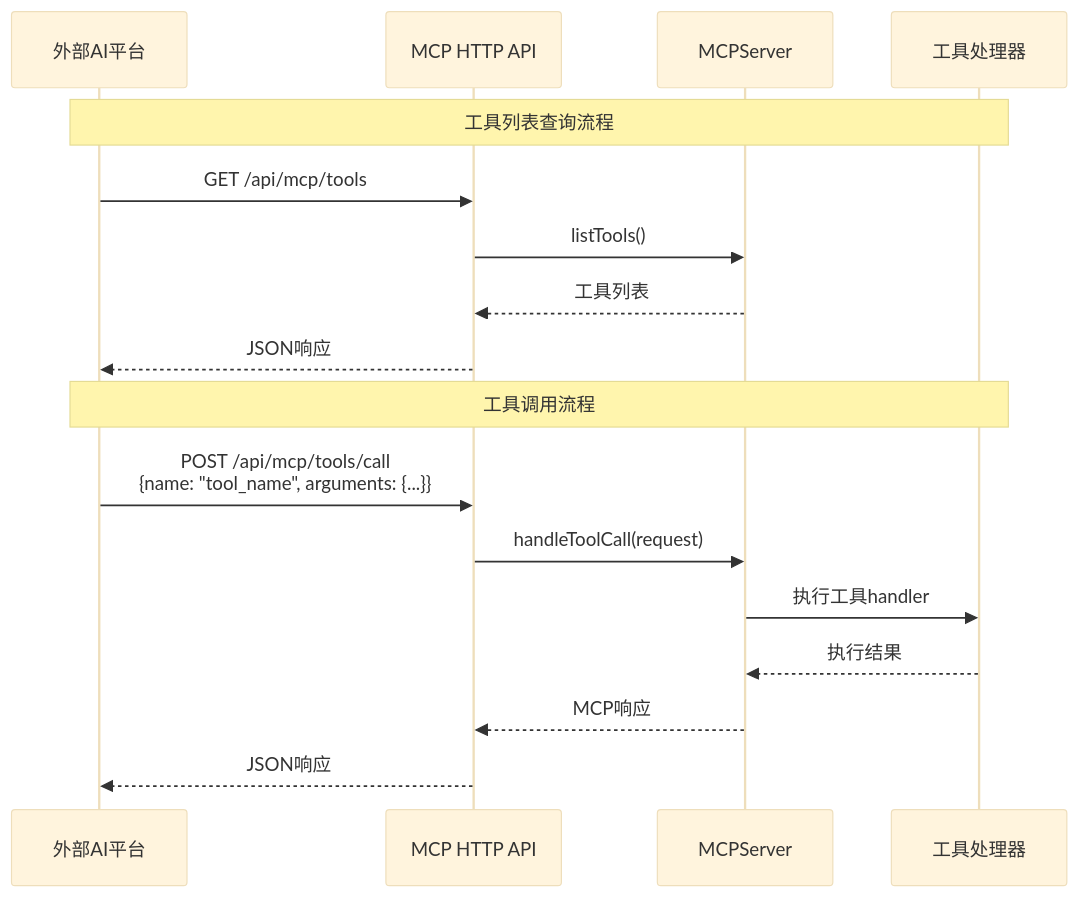
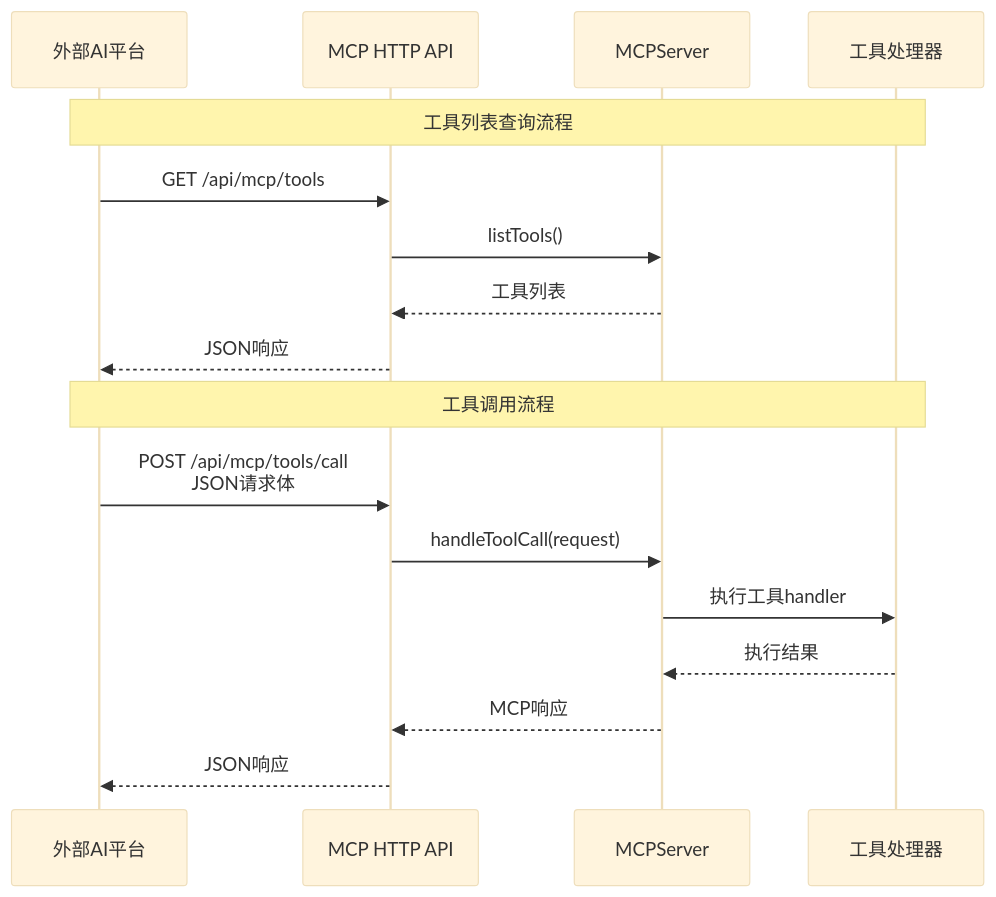
One commit to sunflowermm/XRK-AGT changed the second of 7 diagrams in docs/mcp-guide.md. Above: the diagram before and after it, drawn with Mermaid (base theme). The commit also changed 3 other files, not shown here.

````diff
--- a/docs/mcp-guide.md
+++ b/docs/mcp-guide.md
@@ -105,21 +105,21 @@
 ```mermaid
 sequenceDiagram
     participant Client as 外部AI平台
     participant API as MCP HTTP API
     participant Server as MCPServer
     participant Tool as 工具处理器
 
     Note over Client,Tool: 工具列表查询流程
     Client->>API: GET /api/mcp/tools
     API->>Server: listTools()
     Server-->>API: 工具列表
     API-->>Client: JSON响应
 
     Note over Client,Tool: 工具调用流程
-    Client->>API: POST /api/mcp/tools/call<br/>{name: "tool_name", arguments: {...}}
+    Client->>API: POST /api/mcp/tools/call<br/>JSON请求体
     API->>Server: handleToolCall(request)
     Server->>Tool: 执行工具handler
     Tool-->>Server: 执行结果
     Server-->>API: MCP响应
     API-->>Client: JSON响应
 ```
````
